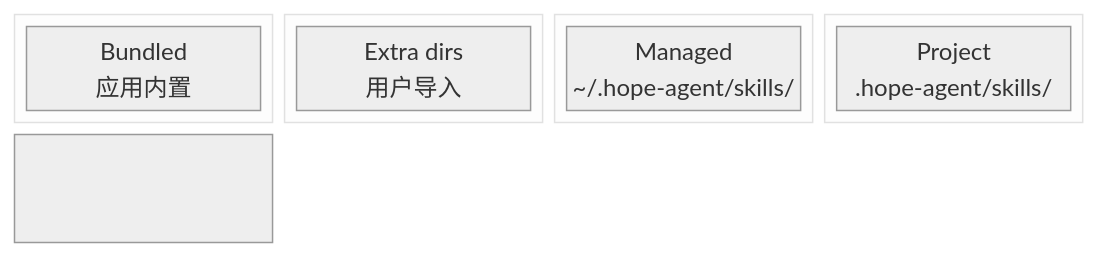
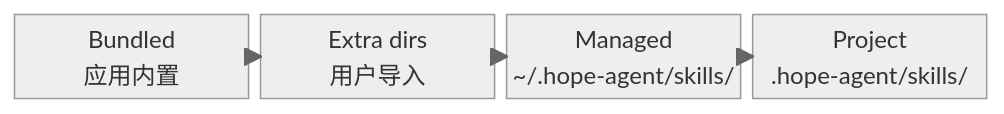
One commit to shiwenwen/hope-agent changed the third of 19 diagrams in docs/architecture/skill-system.md. Above: the diagram before and after it, drawn with Mermaid (neutral theme). The commit also changed other lines of this file, not shown here.

````diff
--- a/docs/architecture/skill-system.md
+++ b/docs/architecture/skill-system.md
@@ -178,19 +174,11 @@
 ```mermaid
 block-beta
     columns 4
-    block:lowest:1
-        B["Bundled<br/>应用内置"]
-    end
-    block:low:1
-        E["Extra dirs<br/>用户导入"]
-    end
-    block:mid:1
-        M["Managed<br/>~/.hope-agent/skills/"]
-    end
-    block:high:1
-        P["Project<br/>.hope-agent/skills/"]
-    end
-
-    lowest --> low --> mid --> high
-
+    B["Bundled<br/>应用内置"]
+    E["Extra dirs<br/>用户导入"]
+    M["Managed<br/>~/.hope-agent/skills/"]
+    P["Project<br/>.hope-agent/skills/"]
+    B --> E
+    E --> M
+    M --> P
 ```
````
